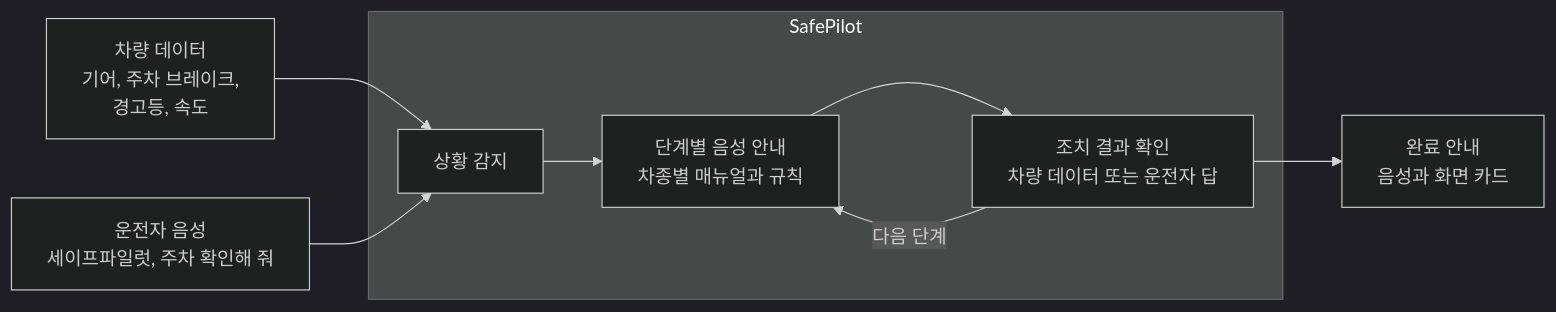
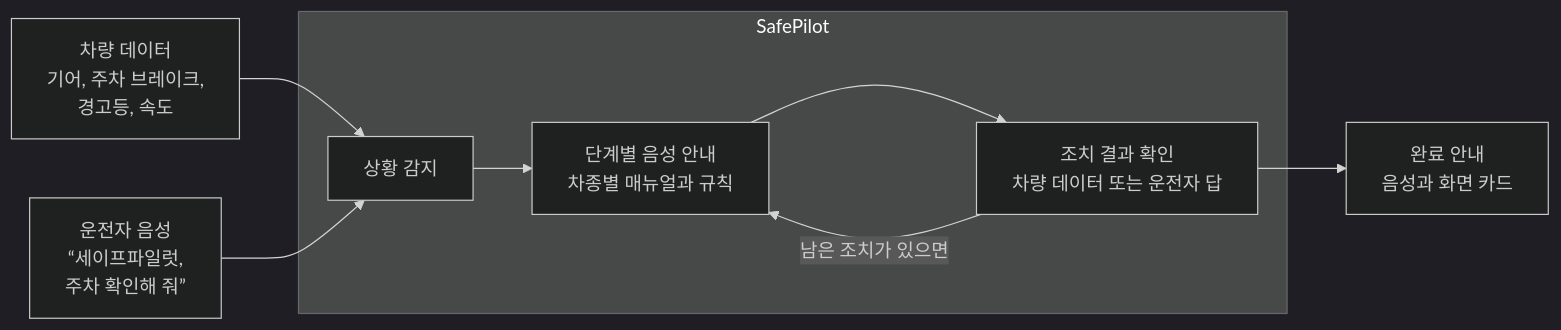
The diagram in proposal/diagrams/01_how_it_works.mmd (rex-next-labs/SafePilot), drawn with Mermaid (dark theme) before and after one commit. The commit also changed 1 other file, not shown here.

Commit message:
동작 구조 그림: 음성 문장에 따옴표, 반복 화살표를 "남은 조치가 있으면"으로

```diff
--- a/proposal/diagrams/01_how_it_works.mmd
+++ b/proposal/diagrams/01_how_it_works.mmd
@@ -1,9 +1,9 @@
 flowchart LR
     A["차량 데이터<br/>기어, 주차 브레이크,<br/>경고등, 속도"] --> C
-    B["운전자 음성<br/>세이프파일럿, 주차 확인해 줘"] --> C
+    B["운전자 음성<br/>“세이프파일럿,<br/>주차 확인해 줘”"] --> C
     subgraph SP["SafePilot"]
         C["상황 감지"] --> D["단계별 음성 안내<br/>차종별 매뉴얼과 규칙"]
         D --> E["조치 결과 확인<br/>차량 데이터 또는 운전자 답"]
-        E -- "다음 단계" --> D
+        E -- "남은 조치가 있으면" --> D
     end
     E --> F["완료 안내<br/>음성과 화면 카드"]
```
